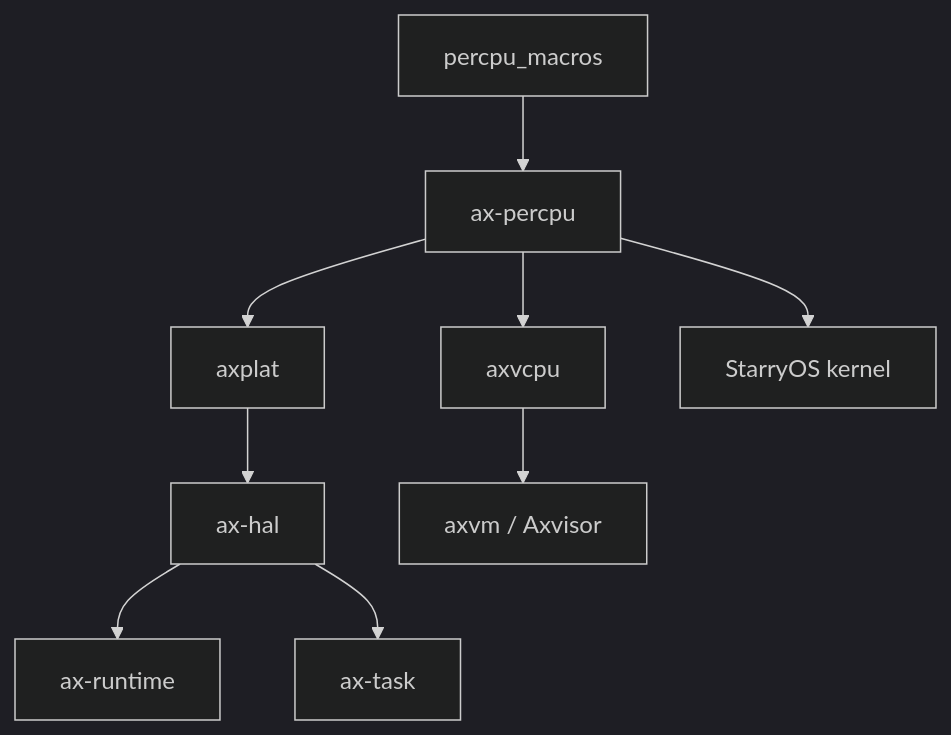
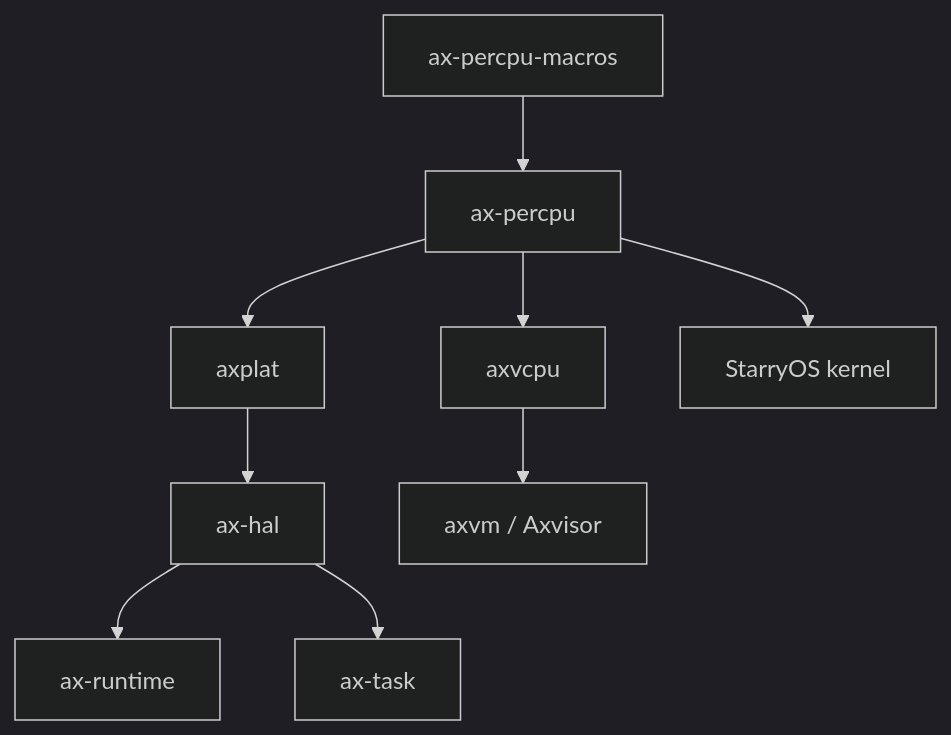
Before and after one commit to zKurisu/tgoskits: the diagram in docs/crates/ax-percpu.md, drawn with Mermaid (dark theme). The commit also changed other lines of this file and 12 other files, not shown here.

Commit message:
rename percpu_macros to ax-percpu-macros

````diff
--- a/docs/crates/ax-percpu.md
+++ b/docs/crates/ax-percpu.md
@@ -187,11 +187,11 @@
 ```mermaid
 graph TD
-    A[percpu_macros] --> B[ax-percpu]
+    A[ax-percpu-macros] --> B[ax-percpu]
     B --> C[axplat]
     C --> D[ax-hal]
     D --> E[ax-runtime]
     D --> F[ax-task]
     B --> G[axvcpu]
     G --> H[axvm / Axvisor]
     B --> I[StarryOS kernel]
 ```
````
